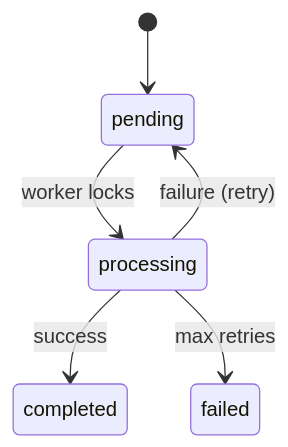
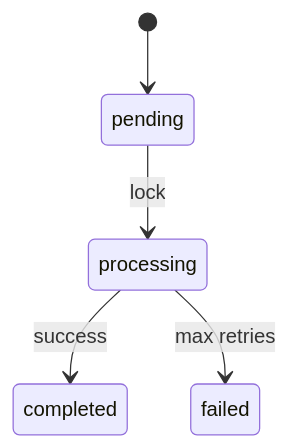
The diagram in .github/instructions/documentation.instructions.md (ueberBrot/monque), drawn with Mermaid before and after one commit. The commit also changed other lines of this file and 17 other files, not shown here.

````diff
--- a/.github/instructions/documentation.instructions.md
+++ b/.github/instructions/documentation.instructions.md
@@ -17,8 +11,7 @@
 ```mermaid
 stateDiagram-v2
     [*] --> pending
-    pending --> processing: worker locks
+    pending --> processing: lock
     processing --> completed: success
-    processing --> pending: failure (retry)
     processing --> failed: max retries
 ```
````
